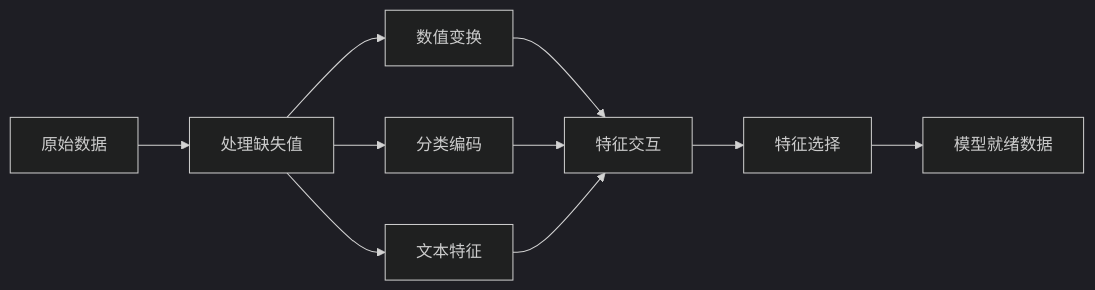
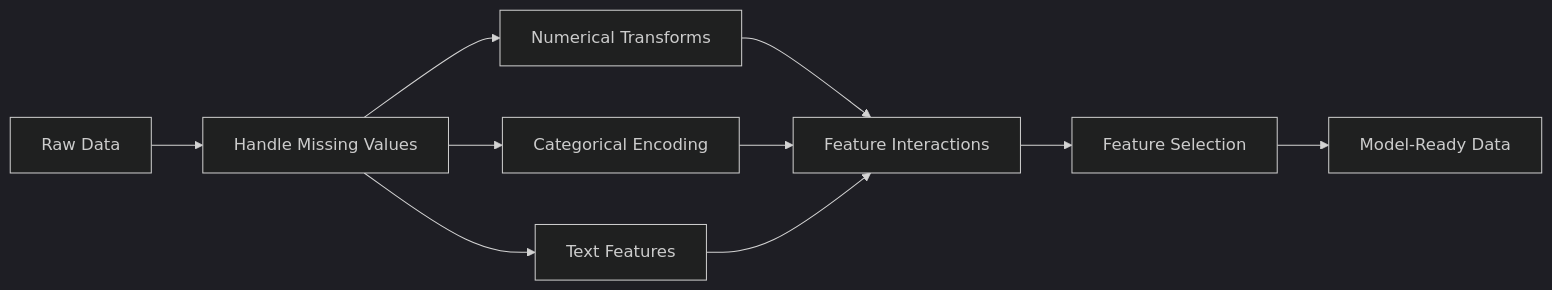
The diagram in i18n/zh/phases/02-ml-fundamentals/08-feature-engineering/docs/zh.md (xiaojiaenen/ai-engineering-from-scratch-zh), drawn with Mermaid (dark theme) before and after one commit. The commit also changed other lines of this file and 18 other files, not shown here.

````diff
--- a/i18n/zh/phases/02-ml-fundamentals/08-feature-engineering/docs/zh.md
+++ b/i18n/zh/phases/02-ml-fundamentals/08-feature-engineering/docs/zh.md
@@ -31,12 +31,12 @@
 ```mermaid
 flowchart LR
-    A[原始数据] --> B[处理缺失值]
-    B --> C[数值变换]
-    B --> D[分类编码]
-    B --> E[文本特征]
-    C --> F[特征交互]
+    A[Raw Data] --> B[Handle Missing Values]
+    B --> C[Numerical Transforms]
+    B --> D[Categorical Encoding]
+    B --> E[Text Features]
+    C --> F[Feature Interactions]
     D --> F
     E --> F
-    F --> G[特征选择]
-    G --> H[模型就绪数据]
+    F --> G[Feature Selection]
+    G --> H[Model-Ready Data]
 ```
````
